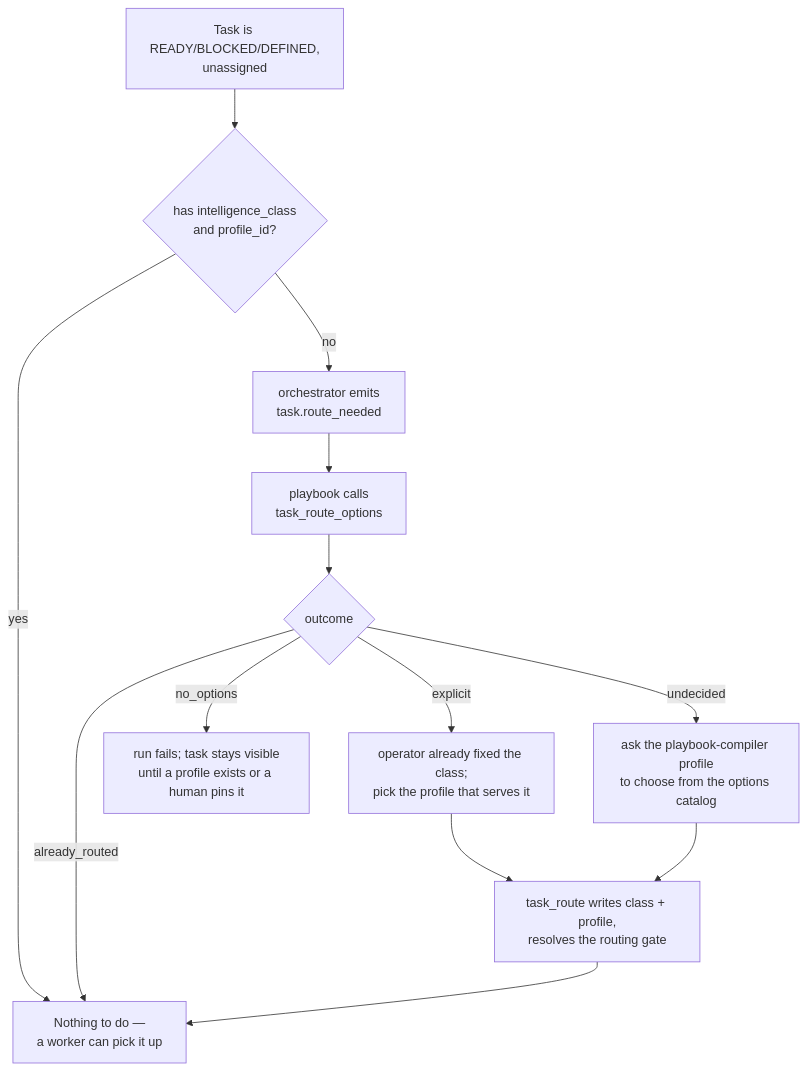
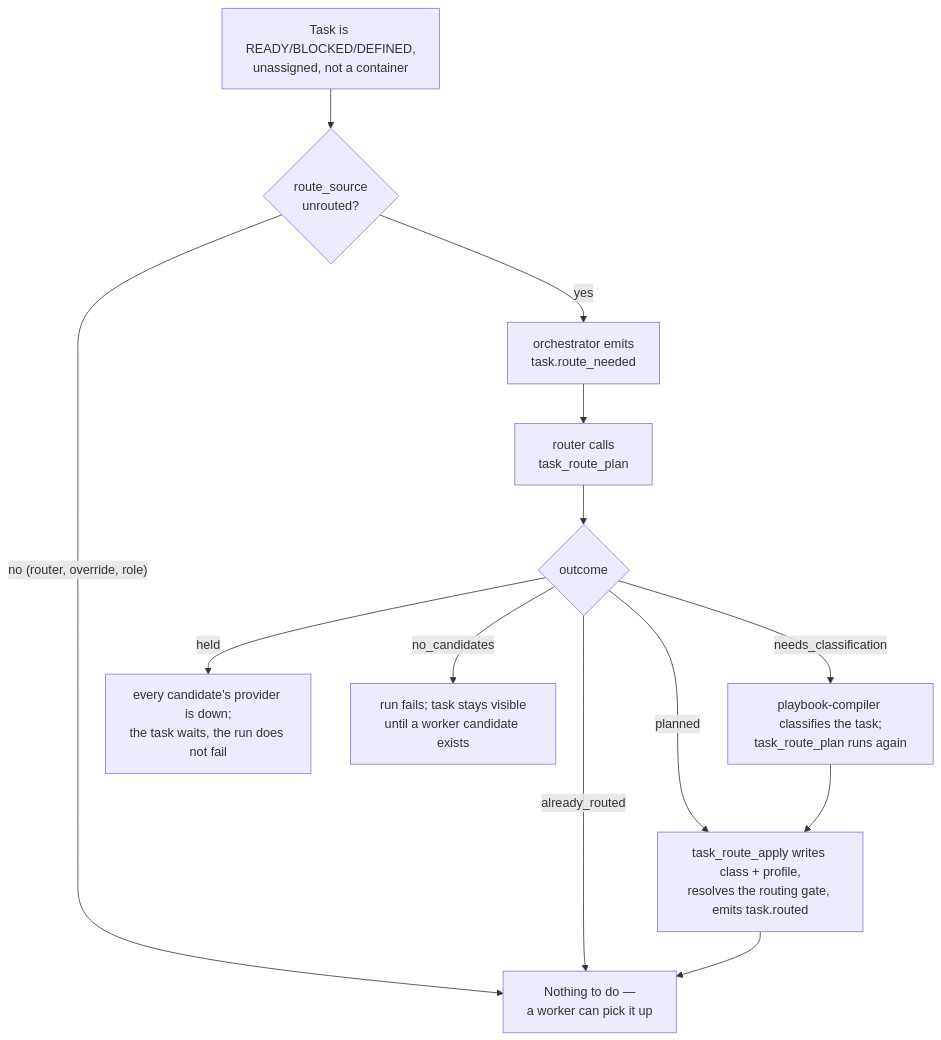
Before and after one commit to ElectricJack/agent-queue: the diagram in docs/concepts/agents-and-routing.md, drawn with Mermaid. The commit also changed other lines of this file and 55 other files, not shown here.

````diff
--- a/docs/concepts/agents-and-routing.md
+++ b/docs/concepts/agents-and-routing.md
@@ -148,15 +151,15 @@
 ```mermaid
 flowchart TD
-  A["Task is READY/BLOCKED/DEFINED,<br/>unassigned"] --> B{"has intelligence_class<br/>and profile_id?"}
-  B -- yes --> Z["Nothing to do —<br/>a worker can pick it up"]
-  B -- no --> C["orchestrator emits<br/>task.route_needed"]
-  C --> D["playbook calls<br/>task_route_options"]
+  A["Task is READY/BLOCKED/DEFINED,<br/>unassigned, not a container"] --> B{"route_source<br/>unrouted?"}
+  B -- "no (router, override, role)" --> Z["Nothing to do —<br/>a worker can pick it up"]
+  B -- yes --> C["orchestrator emits<br/>task.route_needed"]
+  C --> D["router calls<br/>task_route_plan"]
   D --> E{outcome}
   E -- already_routed --> Z
-  E -- explicit --> F["operator already fixed the class;<br/>pick the profile that serves it"]
-  E -- undecided --> G["ask the playbook-compiler profile<br/>to choose from the options catalog"]
-  E -- no_options --> H["run fails; task stays visible<br/>until a profile exists or a human pins it"]
-  F --> I["task_route writes class + profile,<br/>resolves the routing gate"]
+  E -- planned --> I["task_route_apply writes class + profile,<br/>resolves the routing gate, emits task.routed"]
+  E -- needs_classification --> G["playbook-compiler classifies the task;<br/>task_route_plan runs again"]
+  E -- held --> H["every candidate's provider is down;<br/>the task waits, the run does not fail"]
+  E -- no_candidates --> F["run fails; task stays visible<br/>until a worker candidate exists"]
   G --> I
   I --> Z
 ```
````
